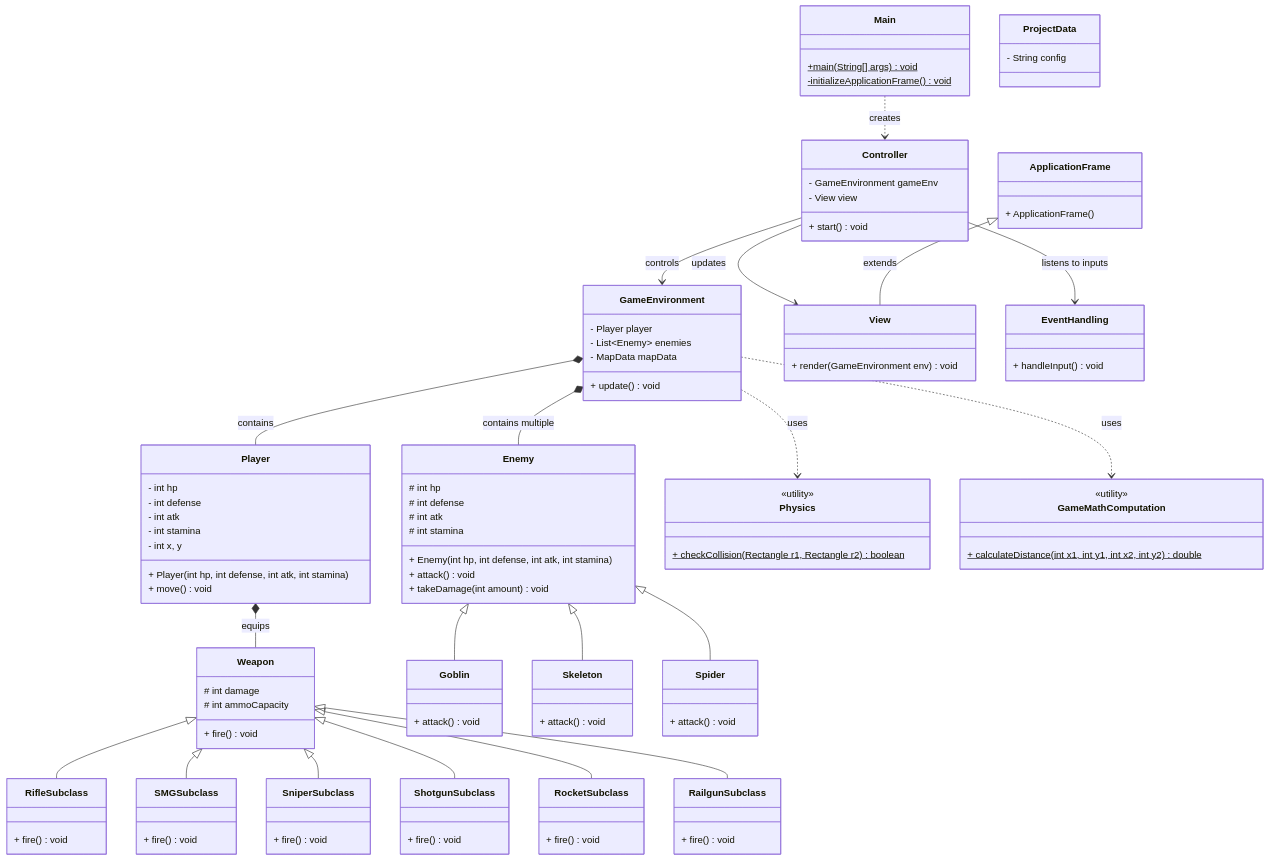
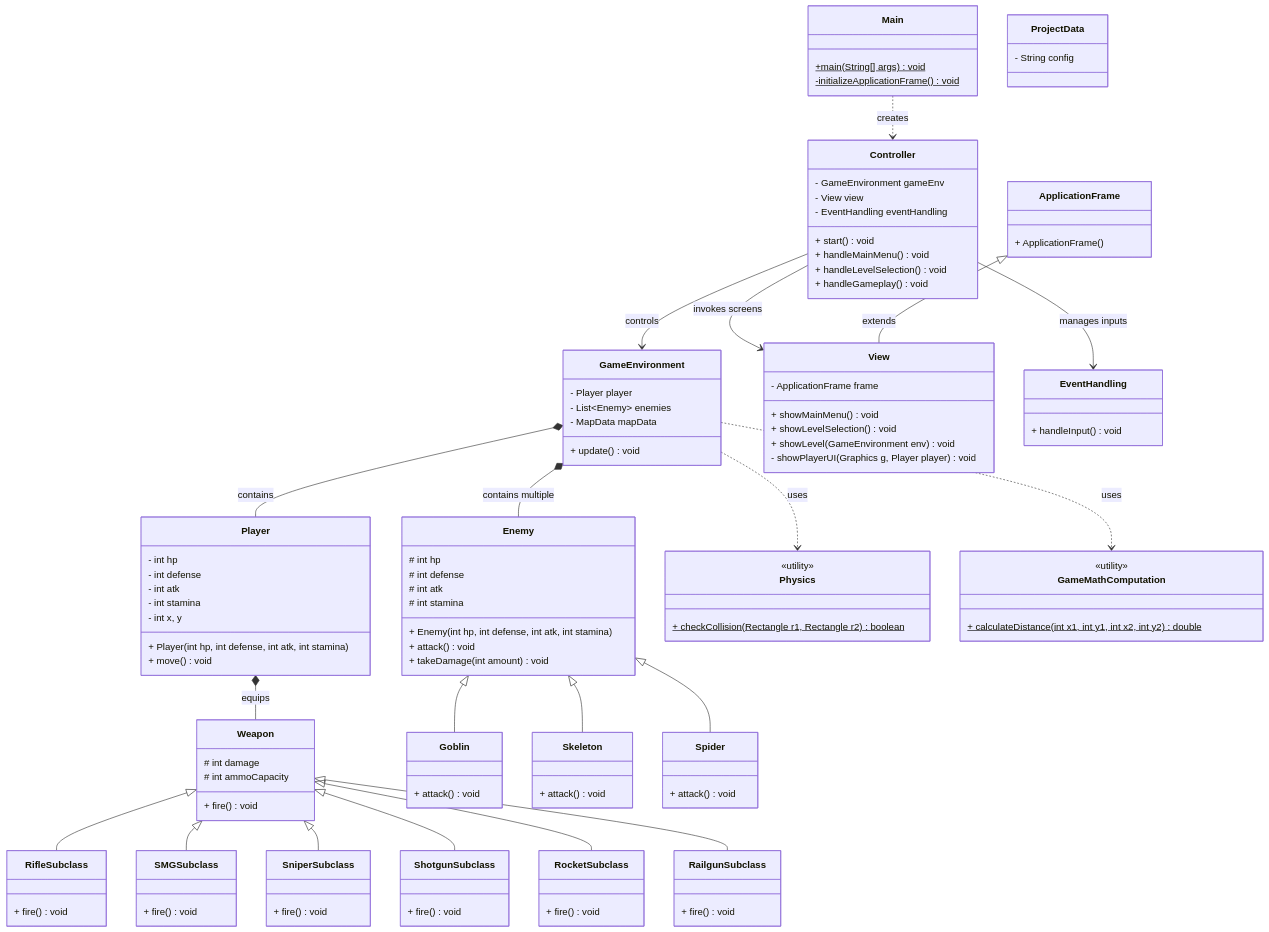
One commit to Duckyduckyquac/CSS123P_FinalProject changed the diagram in diagram.md. Above: the diagram before and after it, drawn with Mermaid.

Commit message:
Update diagram.md
Added enemies, weapons, and weapon subclasses, as well as methods for the view class

````diff
--- a/diagram.md
+++ b/diagram.md
@@ -14,7 +14,11 @@
 class Controller {
     - GameEnvironment gameEnv
     - View view
+    - EventHandling eventHandling
     + start() void
+    + handleMainMenu() void
+    + handleLevelSelection() void
+    + handleGameplay() void
 }
 
 class GameEnvironment {
@@ -101,7 +105,11 @@
 }
 
 class View {
-    + render(GameEnvironment env) void
+    - ApplicationFrame frame
+    + showMainMenu() void
+    + showLevelSelection() void
+    + showLevel(GameEnvironment env) void
+    - showPlayerUI(Graphics g, Player player) void
 }
 
 class EventHandling {
@@ -115,7 +123,7 @@
 %% Relationships
 Main ..> Controller : creates
 Controller --> GameEnvironment : controls
-Controller --> View : updates
+Controller --> View : invokes screens
 ApplicationFrame <|-- View : extends
 GameEnvironment *-- Player : contains
 GameEnvironment *-- Enemy : contains multiple
@@ -131,5 +139,5 @@
 Enemy <|-- Spider
 GameEnvironment ..> Physics : uses
 GameEnvironment ..> GameMathComputation : uses
-Controller --> EventHandling : listens to inputs
+Controller --> EventHandling : manages inputs
 ```
````
